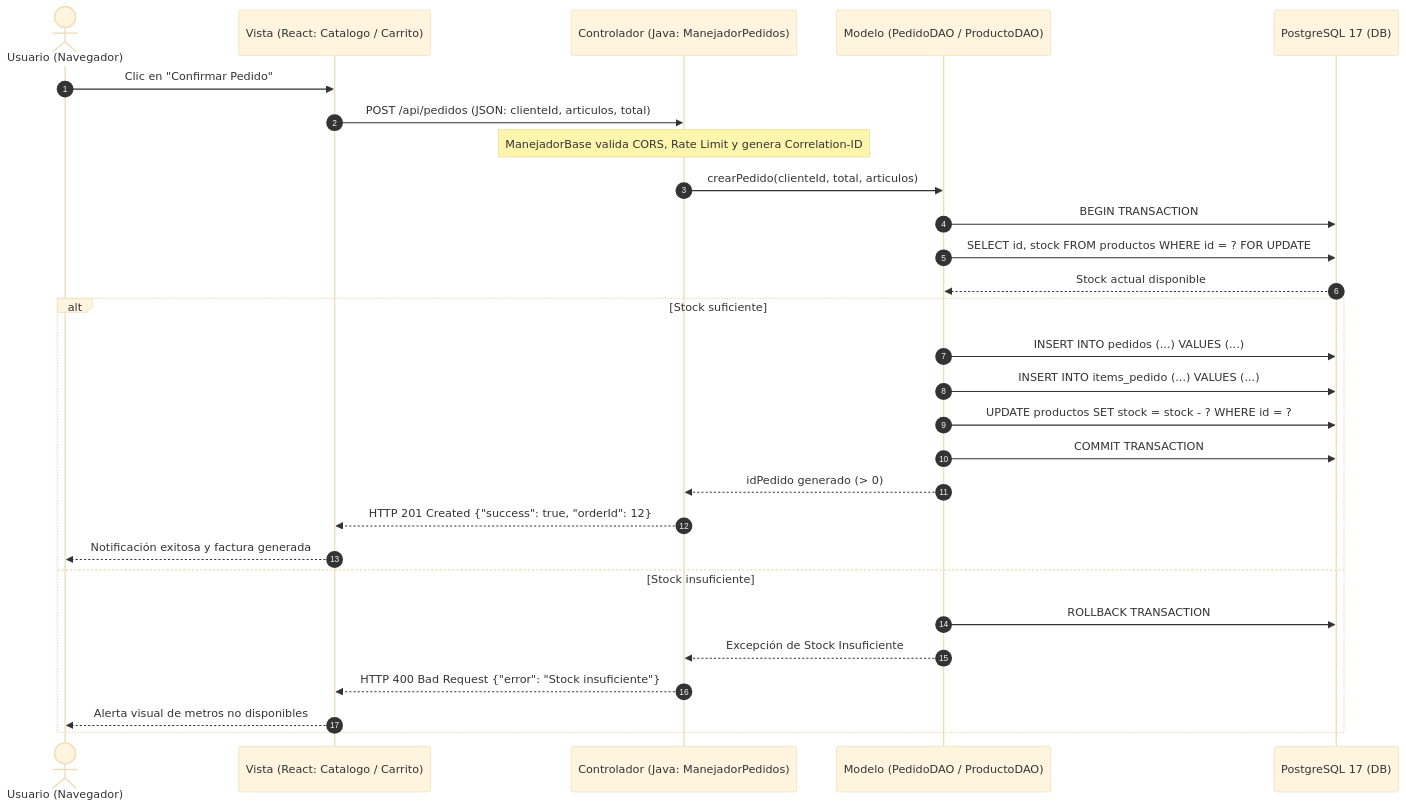
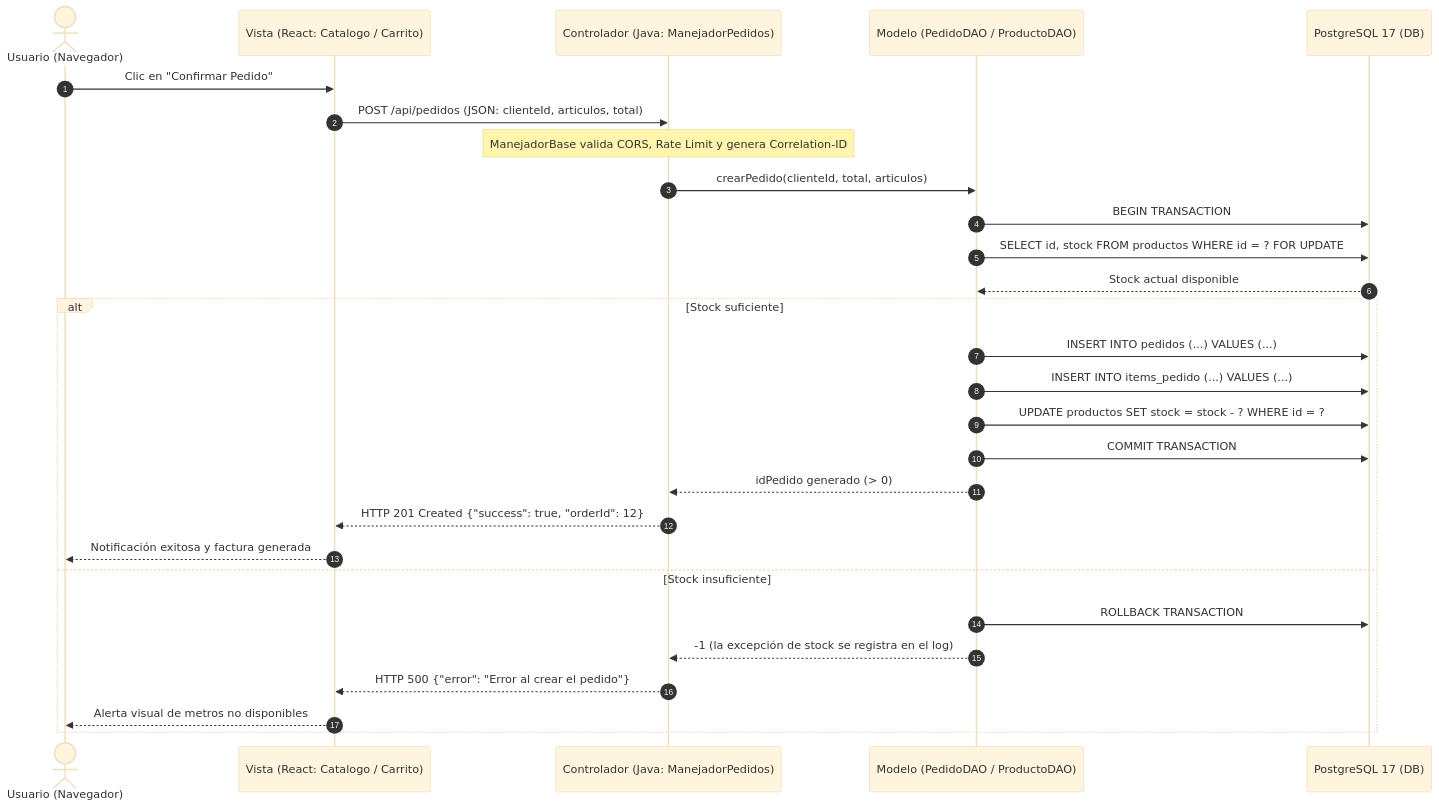
Before and after one commit to Jhonmoreno000/PROYECTO-SENA-TIENDA-TEXTIL-: the second of 2 diagrams in documentacion/04-base-de-datos-diseno-y-esquema.md, drawn with Mermaid (base theme). The commit also changed other lines of this file and 55 other files, not shown here.

Commit message:
docs: rehacer documentacion, diagramas, contrato OpenAPI y matriz v3 segun el codigo de main (#39)

````diff
--- a/documentacion/04-base-de-datos-diseno-y-esquema.md
+++ b/documentacion/04-base-de-datos-diseno-y-esquema.md
@@ -599,31 +762,31 @@
 ```mermaid
 sequenceDiagram
     autonumber
     actor Cliente as Usuario (Navegador)
     participant Vista as Vista (React: Catalogo / Carrito)
     participant Controlador as Controlador (Java: ManejadorPedidos)
     participant Modelo as Modelo (PedidoDAO / ProductoDAO)
     participant BD as PostgreSQL 17 (DB)
 
     Cliente->>Vista: Clic en "Confirmar Pedido"
     Vista->>Controlador: POST /api/pedidos (JSON: clienteId, articulos, total)
     Note over Controlador: ManejadorBase valida CORS, Rate Limit y genera Correlation-ID
     Controlador->>Modelo: crearPedido(clienteId, total, articulos)
     Modelo->>BD: BEGIN TRANSACTION
     Modelo->>BD: SELECT id, stock FROM productos WHERE id = ? FOR UPDATE
     BD-->>Modelo: Stock actual disponible
     alt Stock suficiente
         Modelo->>BD: INSERT INTO pedidos (...) VALUES (...)
         Modelo->>BD: INSERT INTO items_pedido (...) VALUES (...)
         Modelo->>BD: UPDATE productos SET stock = stock - ? WHERE id = ?
         Modelo->>BD: COMMIT TRANSACTION
         Modelo-->>Controlador: idPedido generado (> 0)
         Controlador-->>Vista: HTTP 201 Created {"success": true, "orderId": 12}
         Vista-->>Cliente: Notificación exitosa y factura generada
     else Stock insuficiente
         Modelo->>BD: ROLLBACK TRANSACTION
-        Modelo-->>Controlador: Excepción de Stock Insuficiente
-        Controlador-->>Vista: HTTP 400 Bad Request {"error": "Stock insuficiente"}
+        Modelo-->>Controlador: -1 (la excepción de stock se registra en el log)
+        Controlador-->>Vista: HTTP 500 {"error": "Error al crear el pedido"}
         Vista-->>Cliente: Alerta visual de metros no disponibles
     end
 ```
````
